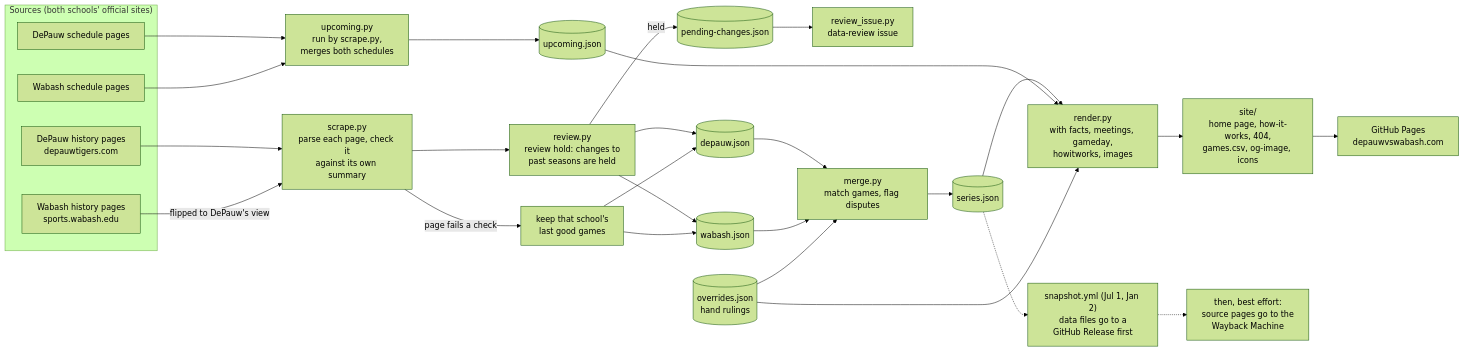
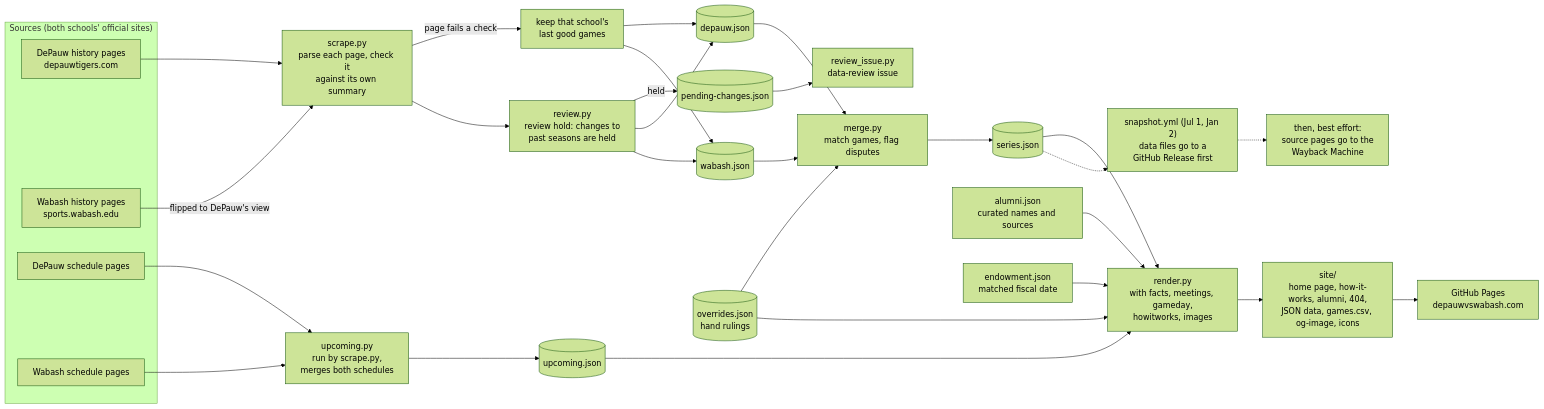
One commit to Haynesmodel/DePauw-vs-Wabash-web changed the first of 3 diagrams in README.md. Above: the diagram before and after it, drawn with Mermaid (forest theme). The commit also changed other lines of this file and 9 other files, not shown here.

Commit message:
Add sourced alumni and endowment page

````diff
--- a/README.md
+++ b/README.md
@@ -43,34 +54,36 @@
 ```mermaid
 flowchart LR
   subgraph SRC["Sources (both schools' official sites)"]
     DH["DePauw history pages<br/>depauwtigers.com"]
     WH["Wabash history pages<br/>sports.wabash.edu"]
     DS["DePauw schedule pages"]
     WS["Wabash schedule pages"]
   end
 
   DH --> P["scrape.py<br/>parse each page, check it<br/>against its own summary"]
   WH -- "flipped to DePauw's view" --> P
   P -- "page fails a check" --> K["keep that school's<br/>last good games"]
   P --> R["review.py<br/>review hold: changes to<br/>past seasons are held"]
   R -- "held" --> PC[("pending-changes.json")]
   PC --> RI["review_issue.py<br/>data-review issue"]
   R --> DJ[("depauw.json")]
   R --> WJ[("wabash.json")]
   K --> DJ
   K --> WJ
   DJ --> M["merge.py<br/>match games, flag disputes"]
   WJ --> M
   OV[("overrides.json<br/>hand rulings")] --> M
   M --> SJ[("series.json")]
   DS --> U["upcoming.py<br/>run by scrape.py,<br/>merges both schedules"]
   WS --> U
   U --> UJ[("upcoming.json")]
   SJ --> RN["render.py<br/>with facts, meetings, gameday,<br/>howitworks, images"]
+  AL["alumni.json<br/>curated names and sources"] --> RN
+  EN["endowment.json<br/>matched fiscal date"] --> RN
   UJ --> RN
   OV --> RN
-  RN --> SITE["site/<br/>home page, how-it-works, 404,<br/>games.csv, og-image, icons"]
+  RN --> SITE["site/<br/>home page, how-it-works, alumni, 404,<br/>JSON data, games.csv, og-image, icons"]
   SITE --> GP["GitHub Pages<br/>depauwvswabash.com"]
   SJ -.-> SN["snapshot.yml (Jul 1, Jan 2)<br/>data files go to a<br/>GitHub Release first"]
   SN -.-> WB["then, best effort:<br/>source pages go to the<br/>Wayback Machine"]
 ```
````
